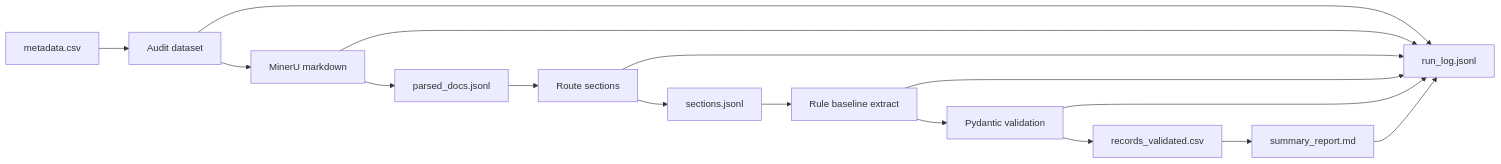
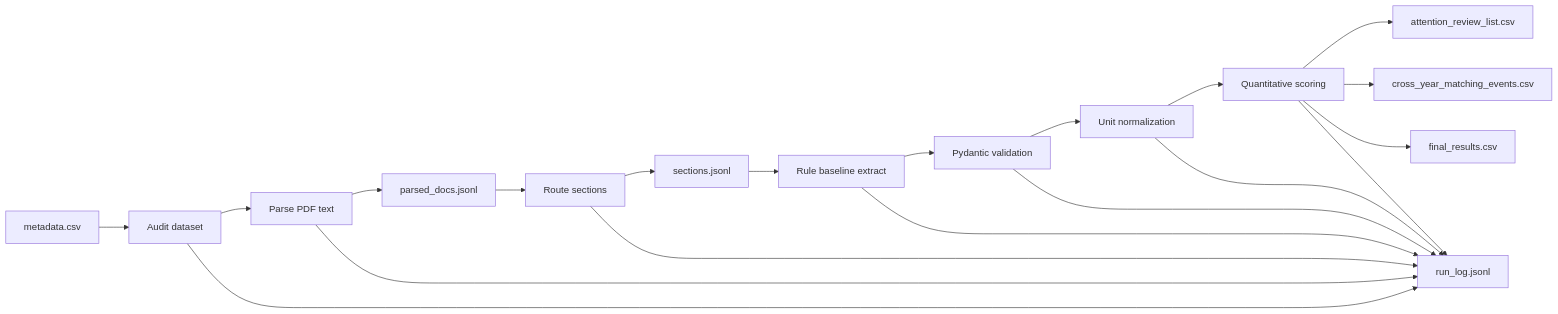
The diagram in workflow_graph.md (magu334/zuoye), drawn with Mermaid before and after one commit. The commit also changed other lines of this file and 47 other files, not shown here.

````diff
--- a/workflow_graph.md
+++ b/workflow_graph.md
@@ -3,18 +3,22 @@
 ```mermaid
 flowchart LR
   A["metadata.csv"] --> B["Audit dataset"]
-  B --> C["MinerU markdown"]
+  B --> C["Parse PDF text"]
   C --> D["parsed_docs.jsonl"]
   D --> E["Route sections"]
   E --> F["sections.jsonl"]
   F --> G["Rule baseline extract"]
   G --> H["Pydantic validation"]
-  H --> I["records_validated.csv"]
-  I --> J["summary_report.md"]
-  B --> K["run_log.jsonl"]
-  C --> K
-  E --> K
-  G --> K
-  H --> K
-  J --> K
+  H --> I["Unit normalization"]
+  I --> J["Quantitative scoring"]
+  J --> K["attention_review_list.csv"]
+  J --> L["cross_year_matching_events.csv"]
+  J --> M["final_results.csv"]
+  B --> N["run_log.jsonl"]
+  C --> N
+  E --> N
+  G --> N
+  H --> N
+  I --> N
+  J --> N
 ```
````
